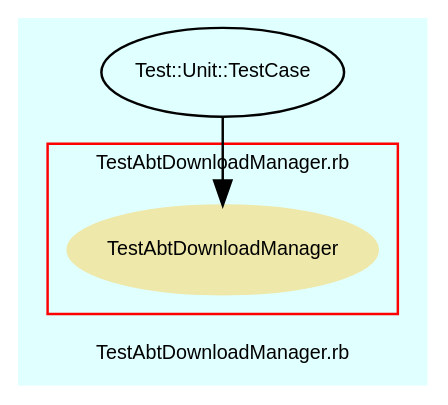
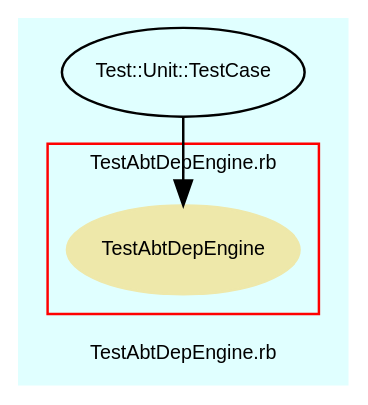
One commit to eschabell/abtlinux changed the diagram in src/trunk/doc/dot/f_9.dot. Above: the diagram before and after it, drawn with Graphviz. The commit also changed 62 other files, not shown here.

```diff
--- a/src/trunk/doc/dot/f_9.dot
+++ b/src/trunk/doc/dot/f_9.dot
@@ -1,37 +1,37 @@
 digraph TopLevel {
     compound = true
     bgcolor = lightcyan1
     fontname = Arial
     fontsize = 8
-    label = "TestAbtDownloadManager.rb"
+    label = "TestAbtDepEngine.rb"
     node [
         fontname = Arial,
         fontsize = 8,
         color = black
     ]
 
     subgraph cluster_10 {
         fontname = Arial
         color = red
-        label = "TestAbtDownloadManager.rb"
-        TestAbtDownloadManager [
+        label = "TestAbtDepEngine.rb"
+        TestAbtDepEngine [
             fontcolor = black,
-            URL = "classes/TestAbtDownloadManager.html",
+            URL = "classes/TestAbtDepEngine.html",
             shape = ellipse,
             color = palegoldenrod,
             style = filled,
-            label = "TestAbtDownloadManager"
+            label = "TestAbtDepEngine"
         ]
 
     }
 
     Test__Unit__TestCase [
         URL = "classes/Test/Unit/TestCase.html",
         label = "Test::Unit::TestCase"
     ]
 
-    Test__Unit__TestCase -> TestAbtDownloadManager [
+    Test__Unit__TestCase -> TestAbtDepEngine [
 
     ]
 
 }
```
